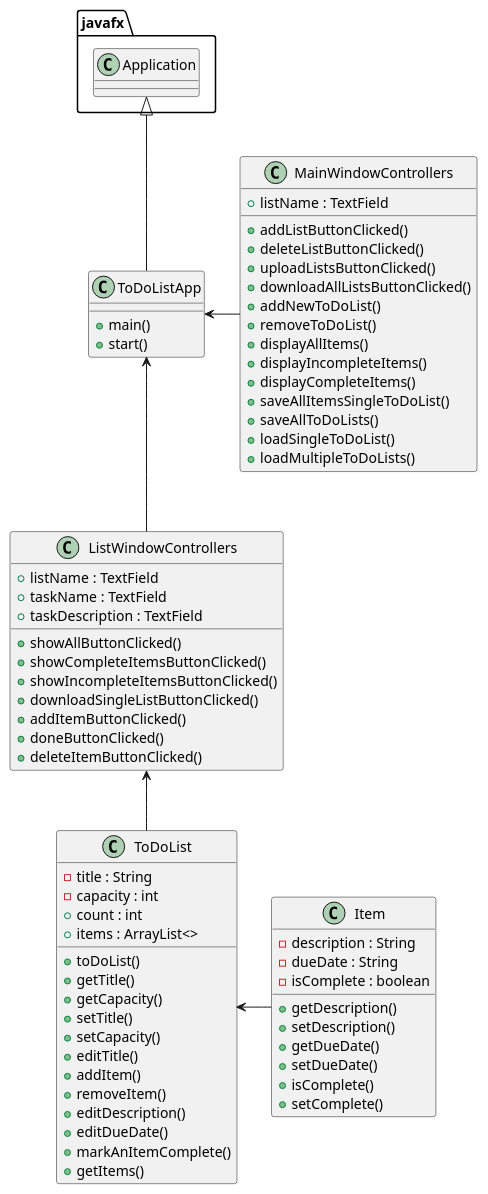
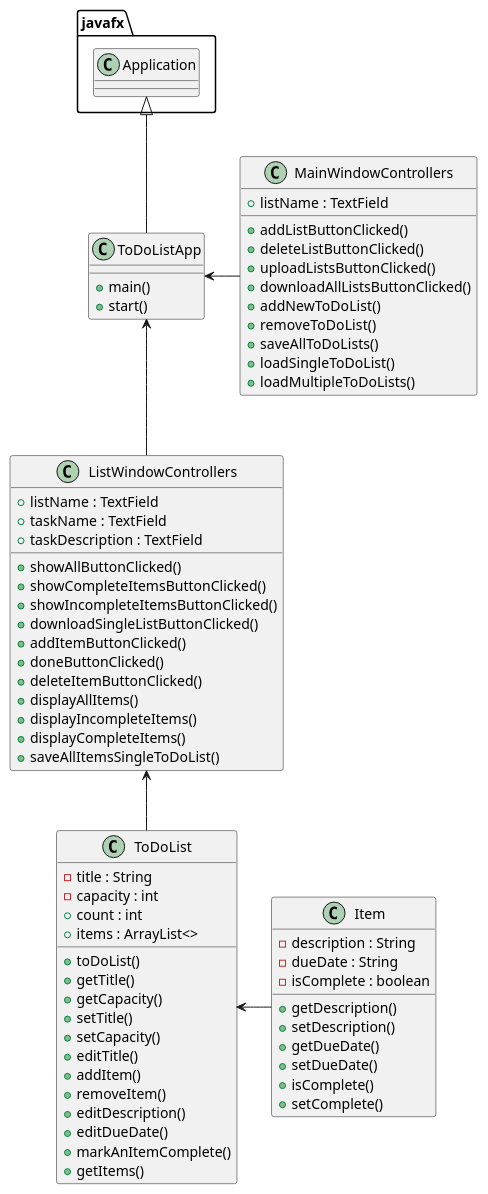
Before and after one commit to Melisac105/cabrera-cop3330-assignment4: the diagram in uml/AppDiagram.puml, drawn with PlantUML. The commit also changed 4 other files, not shown here.

Commit message:
move items functions from main dialog to list dialog

```diff
--- a/uml/AppDiagram.puml
+++ b/uml/AppDiagram.puml
@@ -1,82 +1,81 @@
 @startuml
 'https://plantuml.com/sequence-diagram
 
 class ToDoListApp {
     + main()
     + start()
 }
 
 class MainWindowControllers {
     + listName : TextField
 
     + addListButtonClicked()
     + deleteListButtonClicked()
     + uploadListsButtonClicked()
     + downloadAllListsButtonClicked()
     + addNewToDoList()
     + removeToDoList()
-    + displayAllItems()
-    + displayIncompleteItems()
-    + displayCompleteItems()
-    + saveAllItemsSingleToDoList()
     + saveAllToDoLists()
     + loadSingleToDoList()
     + loadMultipleToDoLists()
 }
 
 class ListWindowControllers {
     + listName : TextField
     + taskName : TextField
     + taskDescription : TextField
 
     + showAllButtonClicked()
     + showCompleteItemsButtonClicked()
     + showIncompleteItemsButtonClicked()
     + downloadSingleListButtonClicked()
     + addItemButtonClicked()
     + doneButtonClicked()
     + deleteItemButtonClicked()
-
+    + displayAllItems()
+    + displayIncompleteItems()
+    + displayCompleteItems()
+    + saveAllItemsSingleToDoList()
 }
 
 class Item {
     - description : String
     - dueDate : String
     - isComplete : boolean
 
     + getDescription()
     + setDescription()
     + getDueDate()
     + setDueDate()
     + isComplete()
     + setComplete()
 }
 
 class ToDoList {
     - title : String
     - capacity : int
     + count : int
     + items : ArrayList<>
 
     + toDoList()
     + getTitle()
     + getCapacity()
     + setTitle()
     + setCapacity()
     + editTitle()
     + addItem()
     + removeItem()
     + editDescription()
     + editDueDate()
     + markAnItemComplete()
     + getItems()
 }
 
 javafx.Application <|-- ToDoListApp
 
 ToDoListApp <-- ListWindowControllers
 ToDoListApp <- MainWindowControllers
 ToDoList <- Item
 ListWindowControllers <-- ToDoList
 
 @enduml
```
